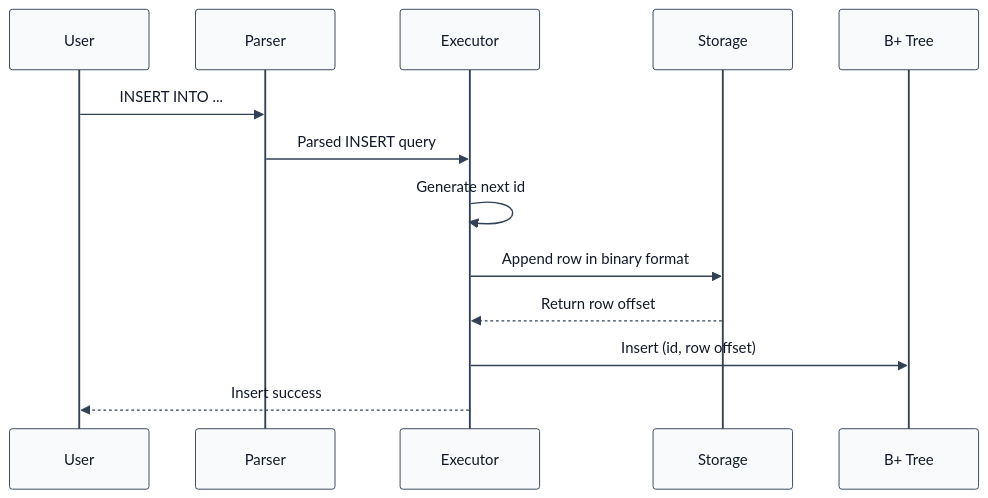
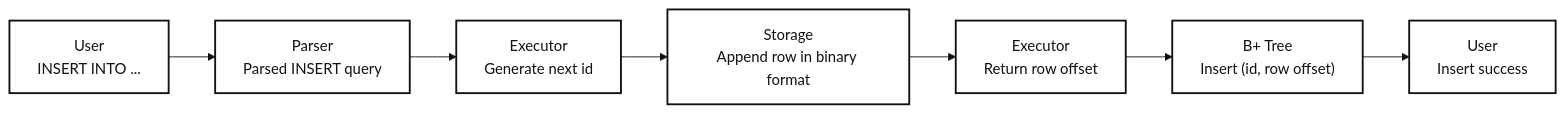
Before and after one commit to Jungle-12-303/week7-team1-sql-2: diagram 11 of 20 in README.md, drawn with Mermaid. The commit also changed other lines of this file, not shown here.

````diff
--- a/README.md
+++ b/README.md
@@ -513,44 +510,26 @@
 ```mermaid
 %%{init: {
   "theme": "base",
   "themeVariables": {
     "background": "#ffffff",
-    "primaryColor": "#f8fafc",
-    "primaryTextColor": "#111827",
-    "primaryBorderColor": "#334155",
-    "lineColor": "#475569",
-    "secondaryColor": "#f1f5f9",
-    "secondaryTextColor": "#111827",
-    "tertiaryColor": "#e2e8f0",
-    "tertiaryTextColor": "#111827",
-    "actorBkg": "#f8fafc",
-    "actorBorder": "#334155",
-    "actorTextColor": "#111827",
-    "signalColor": "#334155",
-    "signalTextColor": "#111827",
-    "labelBoxBkgColor": "#ffffff",
-    "labelBoxBorderColor": "#334155",
-    "labelTextColor": "#111827",
-    "loopTextColor": "#111827",
-    "noteBkgColor": "#eff6ff",
-    "noteBorderColor": "#334155",
-    "noteTextColor": "#111827",
-    "activationBorderColor": "#334155",
-    "activationBkgColor": "#dbeafe"
+    "primaryColor": "#ffffff",
+    "primaryTextColor": "#111111",
+    "primaryBorderColor": "#111111",
+    "lineColor": "#111111",
+    "secondaryColor": "#f3f4f6",
+    "secondaryTextColor": "#111111",
+    "tertiaryColor": "#e5e7eb",
+    "tertiaryTextColor": "#111111"
   }
 }}%%
-sequenceDiagram
-    participant U as User
-    participant P as Parser
-    participant E as Executor
-    participant S as Storage
-    participant B as B+ Tree
+flowchart LR
+    A["User<br/>INSERT INTO ..."] --> B["Parser<br/>Parsed INSERT query"]
+    B --> C["Executor<br/>Generate next id"]
+    C --> D["Storage<br/>Append row in binary format"]
+    D --> E["Executor<br/>Return row offset"]
+    E --> F["B+ Tree<br/>Insert (id, row offset)"]
+    F --> G["User<br/>Insert success"]
 
-    U->>P: INSERT INTO ...
-    P->>E: Parsed INSERT query
-    E->>E: Generate next id
-    E->>S: Append row in binary format
-    S-->>E: Return row offset
-    E->>B: Insert (id, row offset)
-    E-->>U: Insert success
+    classDef box fill:#ffffff,stroke:#111111,stroke-width:2px,color:#111111;
+    class A,B,C,D,E,F,G box;
 ```
````
